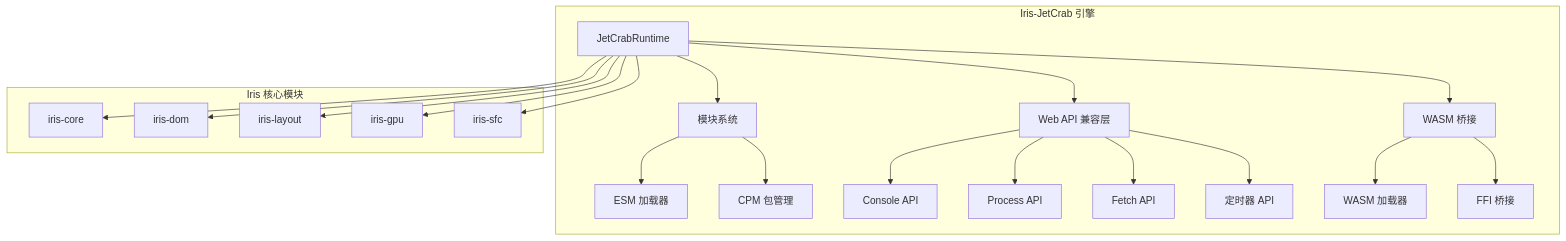
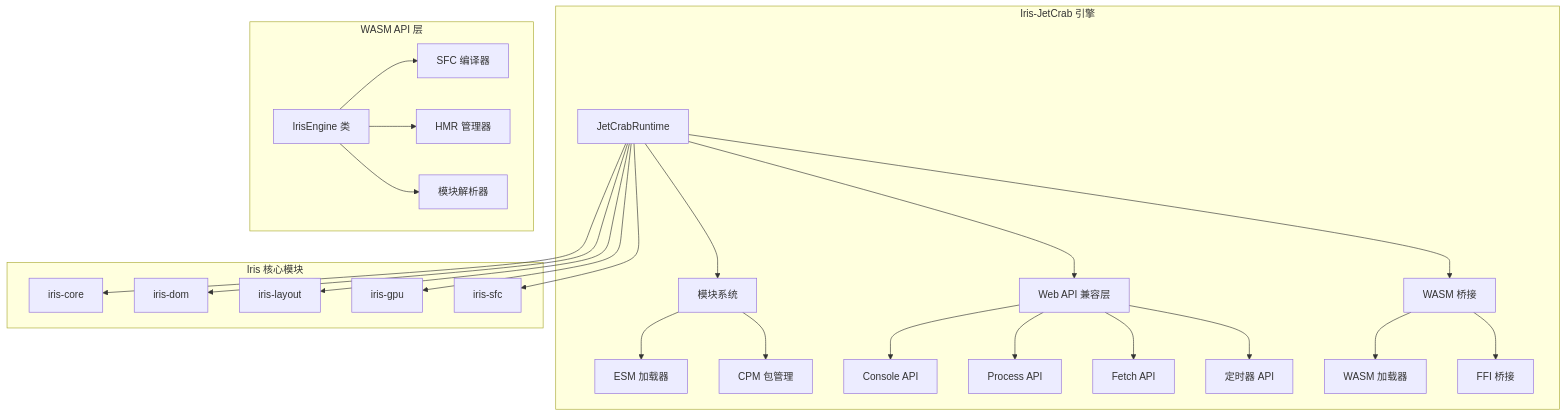
Before and after one commit to itszzl-sudo/iris: the first of 10 diagrams in .qoder/repowiki/zh/content/技术架构详解/JS沙箱运行时/Iris-JetCrab引擎.md, drawn with Mermaid. The commit also changed other lines of this file and 7 other files, not shown here.

````diff
--- a/.qoder/repowiki/zh/content/技术架构详解/JS沙箱运行时/Iris-JetCrab引擎.md
+++ b/.qoder/repowiki/zh/content/技术架构详解/JS沙箱运行时/Iris-JetCrab引擎.md
@@ -41,28 +60,37 @@
 ```mermaid
 graph TB
 subgraph "Iris-JetCrab 引擎"
 A[JetCrabRuntime] --> B[模块系统]
 A --> C[Web API 兼容层]
 A --> D[WASM 桥接]
 B --> B1[ESM 加载器]
 B --> B2[CPM 包管理]
 C --> C1[Console API]
 C --> C2[Process API]
 C --> C3[Fetch API]
 C --> C4[定时器 API]
 D --> D1[WASM 加载器]
 D --> D2[FFI 桥接]
 end
 subgraph "Iris 核心模块"
 E[iris-core]
 F[iris-dom]
 G[iris-layout]
 H[iris-gpu]
 I[iris-sfc]
 end
+subgraph "WASM API 层"
+J[IrisEngine 类]
+K[SFC 编译器]
+L[HMR 管理器]
+M[模块解析器]
+end
 A --> E
 A --> F
 A --> G
 A --> H
 A --> I
+J --> K
+J --> L
+J --> M
 ```
````
